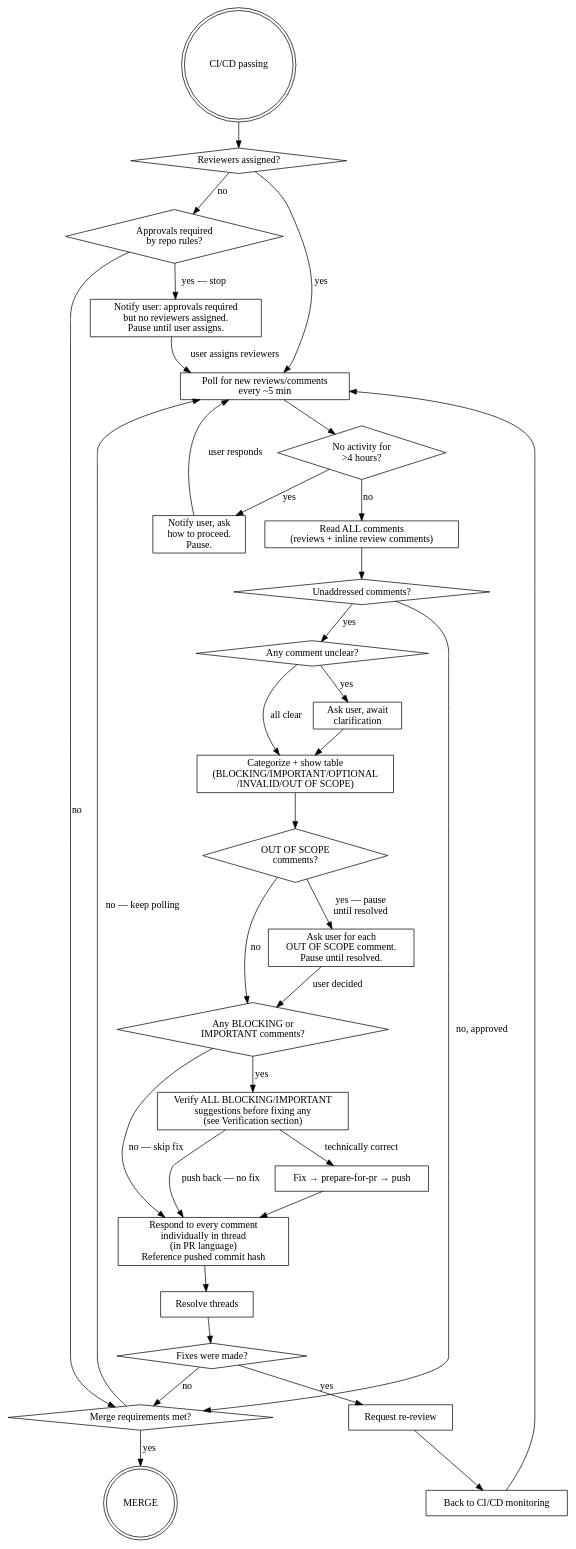
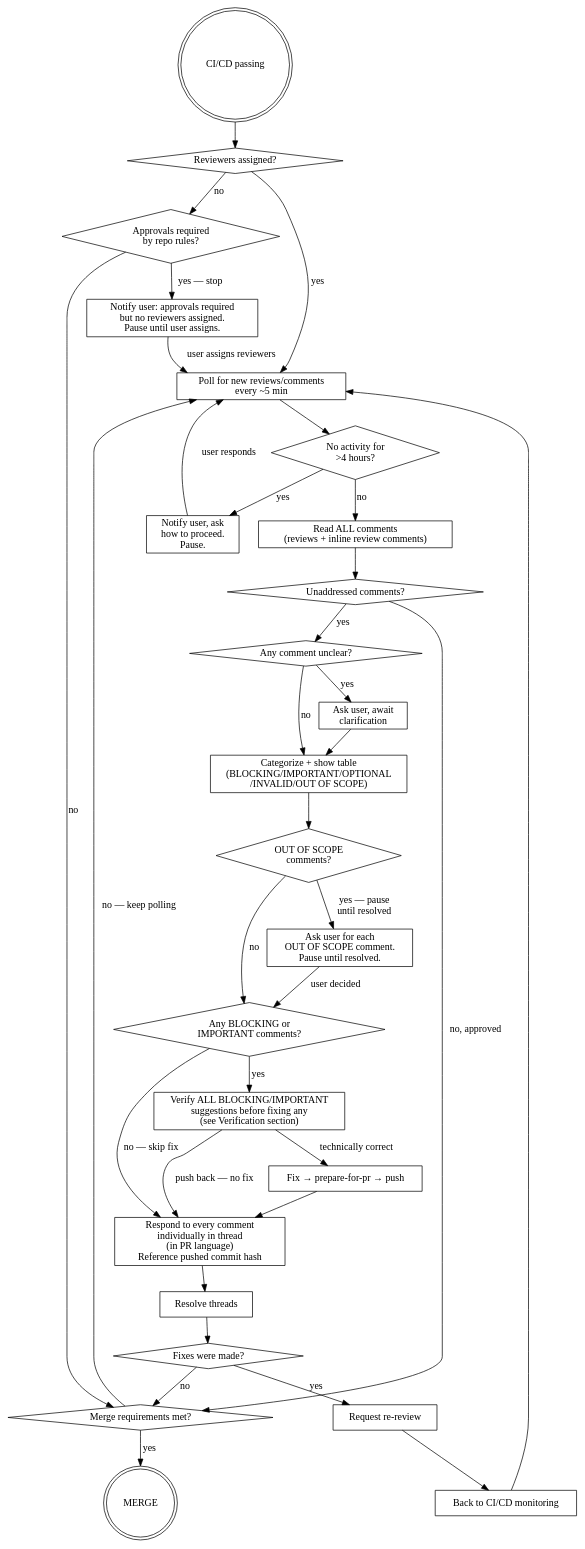
The second of 2 diagrams in plugins/developer-workflow/skills/pr-drive-to-merge/SKILL.md (kirich1409/krozov-ai-tools), drawn with Graphviz before and after one commit.

Commit message:
fix(pr-drive-to-merge): fix clarify node edge labels to be symmetric (no/yes)

````diff
--- a/plugins/developer-workflow/skills/pr-drive-to-merge/SKILL.md
+++ b/plugins/developer-workflow/skills/pr-drive-to-merge/SKILL.md
@@ -75,63 +75,63 @@
 ```dot
 digraph review {
     rankdir=TB;
 
     start [label="CI/CD passing", shape=doublecircle];
     reviewers [label="Reviewers assigned?", shape=diamond];
     approvals_req [label="Approvals required\nby repo rules?", shape=diamond];
     ask_assign [label="Notify user: approvals required\nbut no reviewers assigned.\nPause until user assigns.", shape=box];
     wait [label="Poll for new reviews/comments\nevery ~5 min", shape=box];
     stale_check [label="No activity for\n>4 hours?", shape=diamond];
     notify_stale [label="Notify user, ask\nhow to proceed.\nPause.", shape=box];
     read_all [label="Read ALL comments\n(reviews + inline review comments)", shape=box];
     any_comments [label="Unaddressed comments?", shape=diamond];
     clarify [label="Any comment unclear?", shape=diamond];
     ask_clarify [label="Ask user, await\nclarification", shape=box];
     categorize [label="Categorize + show table\n(BLOCKING/IMPORTANT/OPTIONAL\n/INVALID/OUT OF SCOPE)", shape=box];
     oos [label="OUT OF SCOPE\ncomments?", shape=diamond];
     ask_oos [label="Ask user for each\nOUT OF SCOPE comment.\nPause until resolved.", shape=box];
     any_fix [label="Any BLOCKING or\nIMPORTANT comments?", shape=diamond];
     verify [label="Verify ALL BLOCKING/IMPORTANT\nsuggestions before fixing any\n(see Verification section)", shape=box];
     fix [label="Fix → prepare-for-pr → push", shape=box];
     respond [label="Respond to every comment\nindividually in thread\n(in PR language)\nReference pushed commit hash", shape=box];
     resolve [label="Resolve threads", shape=box];
     fixes_made [label="Fixes were made?", shape=diamond];
     rereview [label="Request re-review", shape=box];
     ci_loop [label="Back to CI/CD monitoring", shape=box];
     merge_check [label="Merge requirements met?", shape=diamond];
     done [label="MERGE", shape=doublecircle];
 
     start -> reviewers;
     reviewers -> approvals_req [label="no"];
     approvals_req -> ask_assign [label="yes — stop"];
     approvals_req -> merge_check [label="no"];
     ask_assign -> wait [label="user assigns reviewers"];
     reviewers -> wait [label="yes"];
     wait -> stale_check;
     stale_check -> notify_stale [label="yes"];
     notify_stale -> wait [label="user responds"];
     stale_check -> read_all [label="no"];
     read_all -> any_comments;
     any_comments -> clarify [label="yes"];
     any_comments -> merge_check [label="no, approved"];
-    clarify -> categorize [label="all clear"];
+    clarify -> categorize [label="no"];
     clarify -> ask_clarify [label="yes"];
     ask_clarify -> categorize;
     categorize -> oos;
     oos -> ask_oos [label="yes — pause\nuntil resolved"];
     oos -> any_fix [label="no"];
     ask_oos -> any_fix [label="user decided"];
     any_fix -> verify [label="yes"];
     any_fix -> respond [label="no — skip fix"];
     verify -> fix [label="technically correct"];
     verify -> respond [label="push back — no fix"];
     fix -> respond;
     respond -> resolve;
     resolve -> fixes_made;
     fixes_made -> rereview [label="yes"];
     fixes_made -> merge_check [label="no"];
     rereview -> ci_loop -> wait;
     merge_check -> done [label="yes"];
     merge_check -> wait [label="no — keep polling"];
 }
 ```
````
